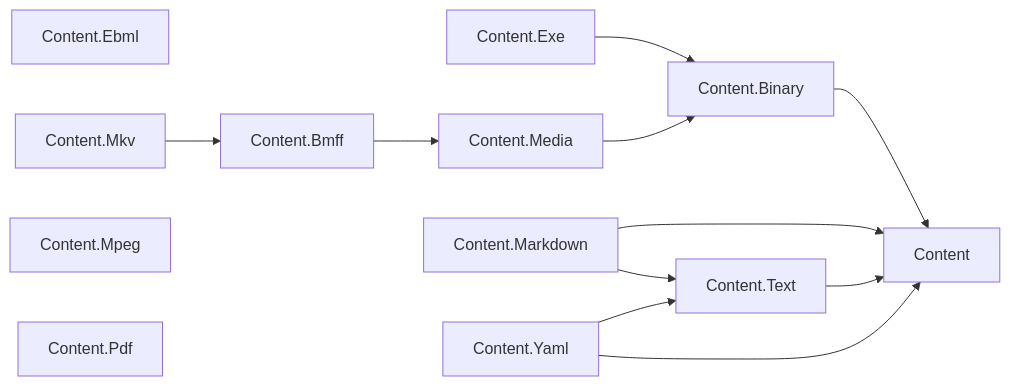
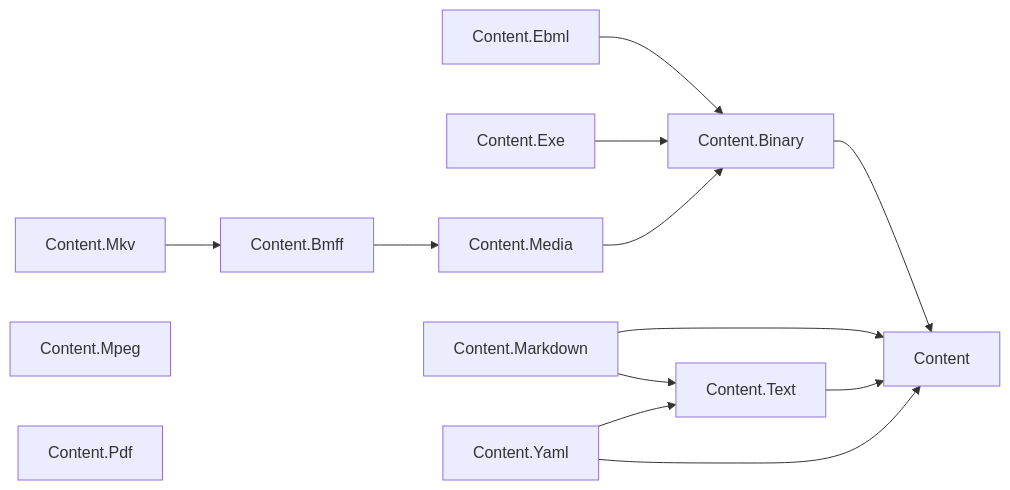
Before and after one commit to assimalign/cohesion: the sixth of 29 diagrams in docs/DEPENDENCIES.md, drawn with Mermaid. The commit also changed other lines of this file and 30 other files, not shown here.

````diff
--- a/docs/DEPENDENCIES.md
+++ b/docs/DEPENDENCIES.md
@@ -293,25 +293,26 @@
 ```mermaid
 flowchart LR
     N0["Content"]
     N1["Content.Binary"]
     N2["Content.Bmff"]
     N3["Content.Ebml"]
     N4["Content.Exe"]
     N5["Content.Markdown"]
     N6["Content.Media"]
     N7["Content.Mkv"]
     N8["Content.Mpeg"]
     N9["Content.Pdf"]
     N10["Content.Text"]
     N11["Content.Yaml"]
     N1 --> N0
     N2 --> N6
+    N3 --> N1
     N4 --> N1
     N5 --> N0
     N5 --> N10
     N6 --> N1
     N7 --> N2
     N10 --> N0
     N11 --> N0
     N11 --> N10
 ```
````
